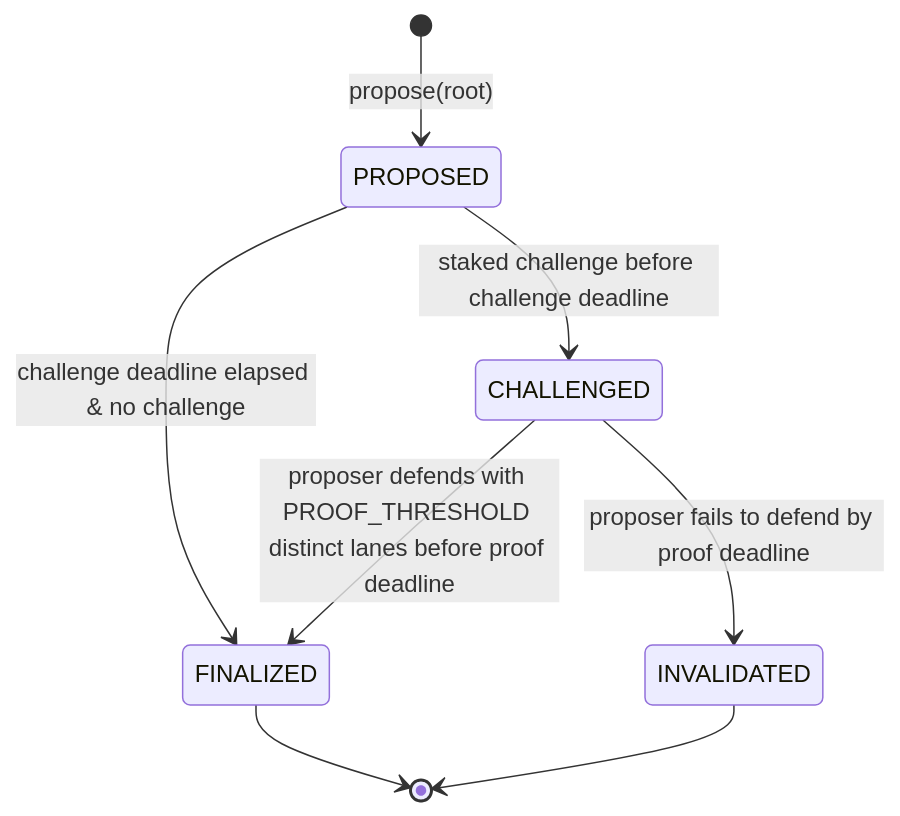
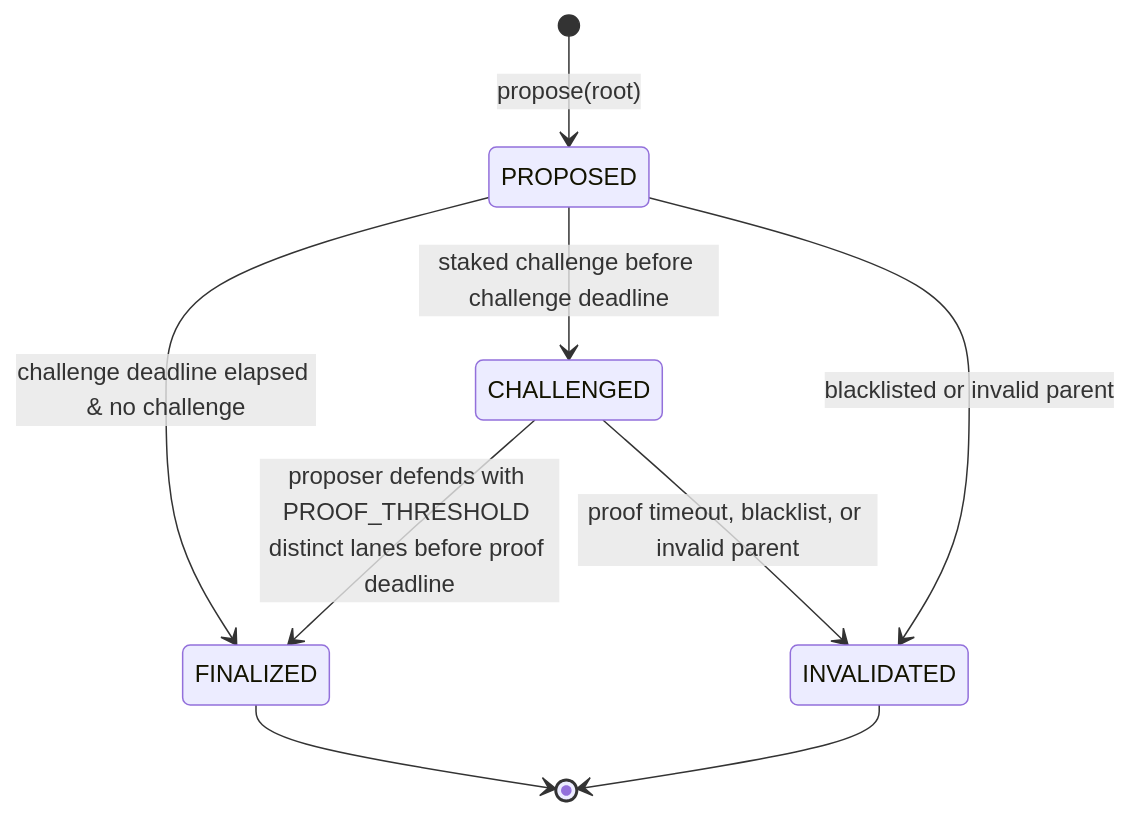
The diagram in wips/wip-1006.md (worldcoin/world-chain), drawn with Mermaid before and after one commit. The commit also changed other lines of this file, not shown here.

````diff
--- a/wips/wip-1006.md
+++ b/wips/wip-1006.md
@@ -137,10 +133,11 @@
 ```mermaid
 stateDiagram-v2
     [*] --> PROPOSED: propose(root)
     PROPOSED --> FINALIZED: challenge deadline elapsed & no challenge
     PROPOSED --> CHALLENGED: staked challenge before challenge deadline
+    PROPOSED --> INVALIDATED: blacklisted or invalid parent
     CHALLENGED --> FINALIZED: proposer defends with PROOF_THRESHOLD distinct lanes before proof deadline
-    CHALLENGED --> INVALIDATED: proposer fails to defend by proof deadline
+    CHALLENGED --> INVALIDATED: proof timeout, blacklist, or invalid parent
     FINALIZED --> [*]
     INVALIDATED --> [*]
 ```
````
